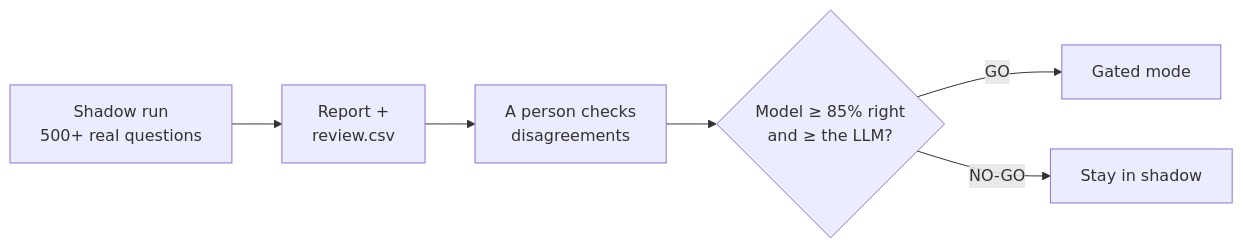
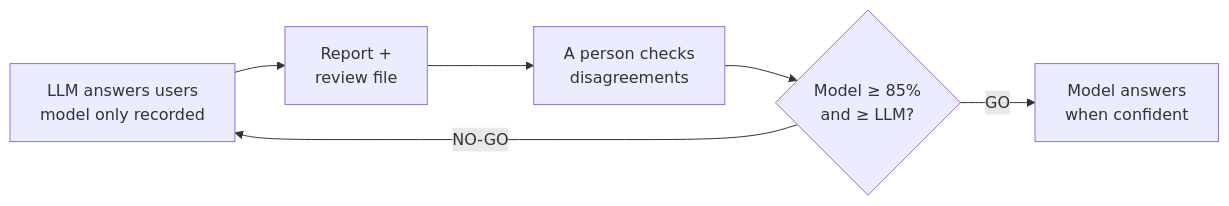
One commit to saramamatha19/AetherionPrism changed the sixth of 7 diagrams in README.md. Above: the diagram before and after it, drawn with Mermaid. The commit also changed other lines of this file and 1 other file, not shown here.

````diff
--- a/README.md
+++ b/README.md
@@ -221,6 +106,6 @@
 ```mermaid
 flowchart LR
-    A["Shadow run<br/>500+ real questions"] --> B["Report +<br/>review.csv"] --> C["A person checks<br/>disagreements"] --> D{"Model ≥ 85% right<br/>and ≥ the LLM?"}
-    D -- GO --> E["Gated mode"]
-    D -- NO-GO --> F["Stay in shadow"]
+    A["LLM answers users<br/>model only recorded"] --> B["Report +<br/>review file"] --> C["A person checks<br/>disagreements"] --> D{"Model ≥ 85%<br/>and ≥ LLM?"}
+    D -- GO --> E["Model answers<br/>when confident"]
+    D -- NO-GO --> A
 ```
````
